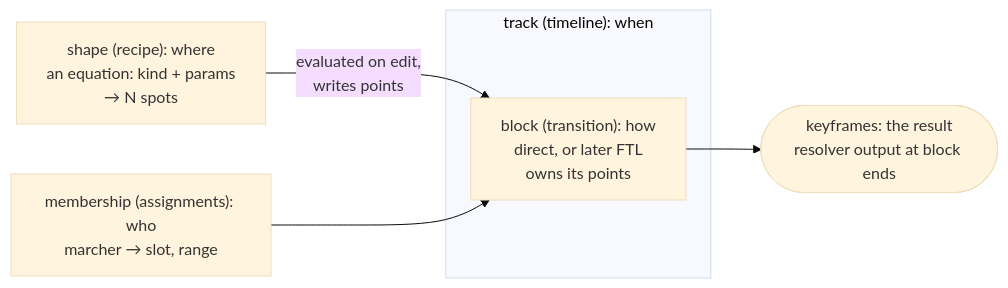
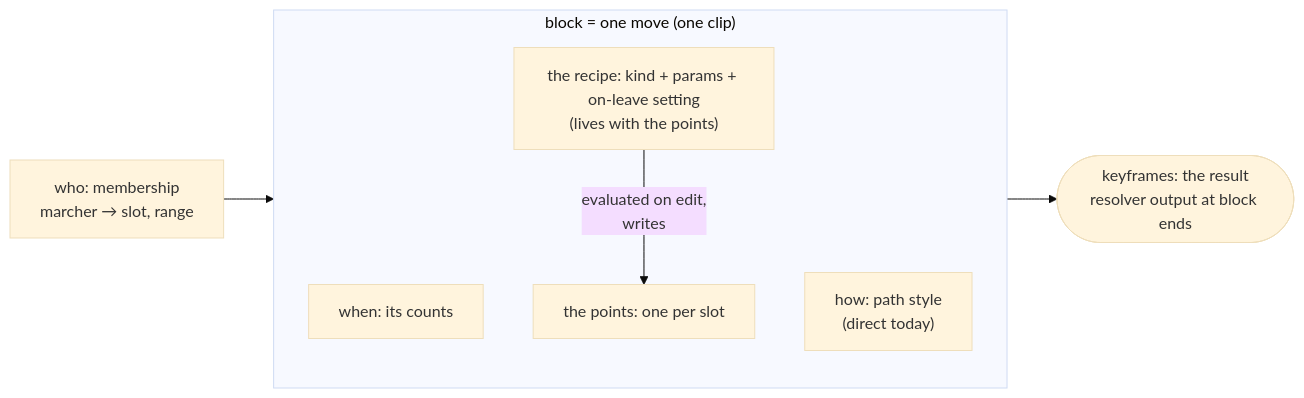
The diagram in docs/timeline/research/ownership-model/README.md (AlexDumo/OpenMarch-timeline), drawn with Mermaid (base theme) before and after one commit. The commit also changed other lines of this file and 1 other file, not shown here.

First line of the commit message:
docs(timeline): record the owner's ownership-model decisions (#434)

````diff
--- a/docs/timeline/research/ownership-model/README.md
+++ b/docs/timeline/research/ownership-model/README.md
@@ -140,12 +43,14 @@
 ```mermaid
 flowchart LR
-  subgraph track["track (timeline): when"]
-    B["block (transition): how<br/>direct, or later FTL<br/>owns its points"]
+  subgraph block["block = one move (one clip)"]
+    W["when: its counts"]
+    H["how: path style<br/>(direct today)"]
+    P["the points: one per slot"]
+    R["the recipe: kind + params + on-leave setting<br/>(lives with the points)"]
   end
-  S["shape (recipe): where<br/>an equation: kind + params<br/>→ N spots"]
-  M["membership (assignments): who<br/>marcher → slot, range"]
+  M["who: membership<br/>marcher → slot, range"]
   K(["keyframes: the result<br/>resolver output at block ends"])
-  S -- "evaluated on edit,<br/>writes points" --> B
-  M --> B
-  B --> K
+  R -- "evaluated on edit,<br/>writes" --> P
+  M --> block
+  block --> K
 ```
````
